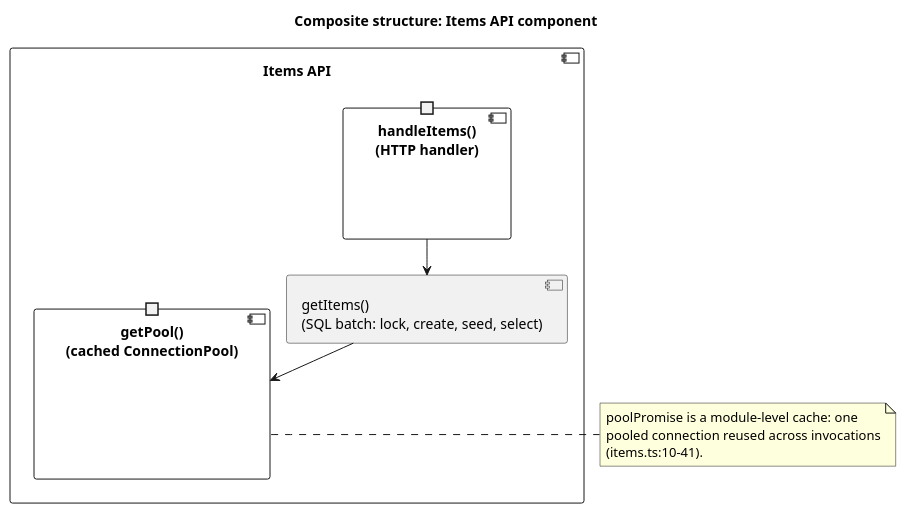
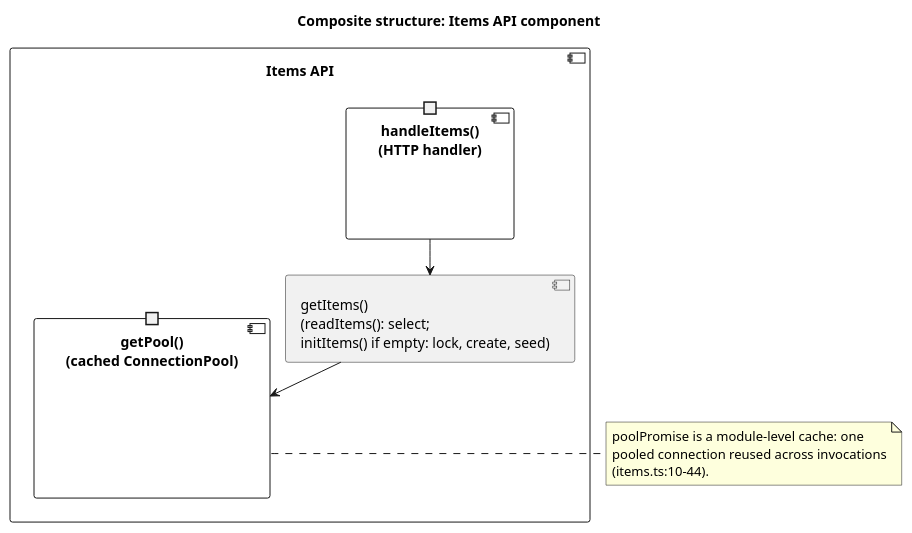
One commit to wolffy-au/frictionless-sample-azure changed the diagram in uml/structure/4-composite-structure.puml. Above: the diagram before and after it, drawn with PlantUML. The commit also changed 13 other files, not shown here.

First line of the commit message:
docs(uml): show the read-first demo-items flow

```diff
--- a/uml/structure/4-composite-structure.puml
+++ b/uml/structure/4-composite-structure.puml
@@ -1,23 +1,23 @@
 @startuml
 title Composite structure: Items API component
 
 component "Items API" as ItemsAPI {
   component "handleItems()\n(HTTP handler)" as Handler {
     port " " as HttpPort
   }
-  component "getItems()\n(SQL batch: lock, create, seed, select)" as GetItems
+  component "getItems()\n(readItems(): select;\ninitItems() if empty: lock, create, seed)" as GetItems
   component "getPool()\n(cached ConnectionPool)" as Pool {
     port " " as SqlPort
   }
 
   Handler --> GetItems
   GetItems --> Pool
 }
 
 note right of Pool
   poolPromise is a module-level cache: one
   pooled connection reused across invocations
-  (items.ts:10-41).
+  (items.ts:10-44).
 end note
 
 @enduml
```
